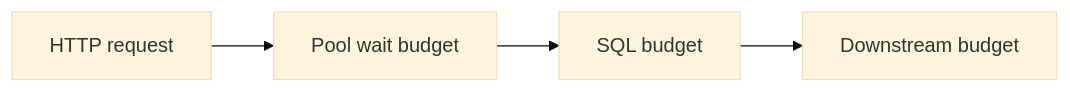
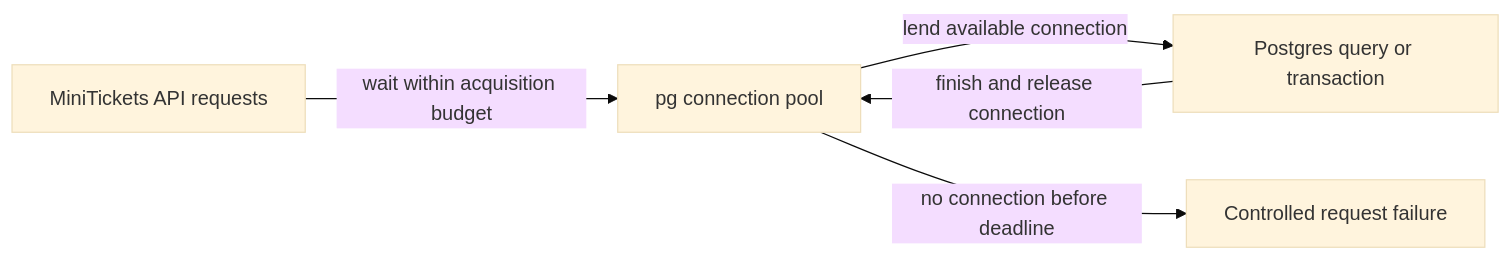
One commit to maheshnd/minitickets changed the diagram in docs/handbook/concepts/connection-pooling.md. Above: the diagram before and after it, drawn with Mermaid (base theme). The commit also changed other lines of this file and 119 other files, not shown here.

````diff
--- a/docs/handbook/concepts/connection-pooling.md
+++ b/docs/handbook/concepts/connection-pooling.md
@@ -17,7 +18,7 @@
 ```mermaid
 flowchart LR
-    n0["HTTP request"] --> n1
-    n1["Pool wait budget"] --> n2
-    n2["SQL budget"] --> n3
-    n3["Downstream budget"]
+requests["MiniTickets API requests"] -->|"wait within acquisition budget"| pool["pg connection pool"]
+    pool -->|"lend available connection"| db["Postgres query or transaction"]
+    db -->|"finish and release connection"| pool
+    pool -->|"no connection before deadline"| error["Controlled request failure"]
 ```
````
